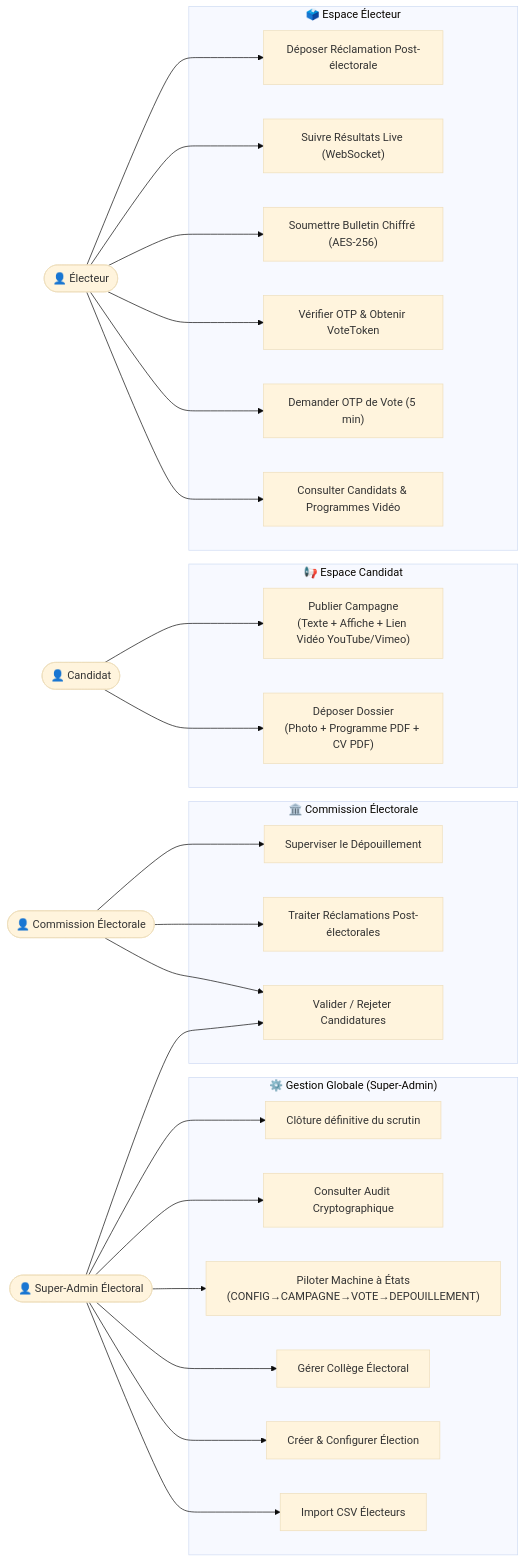
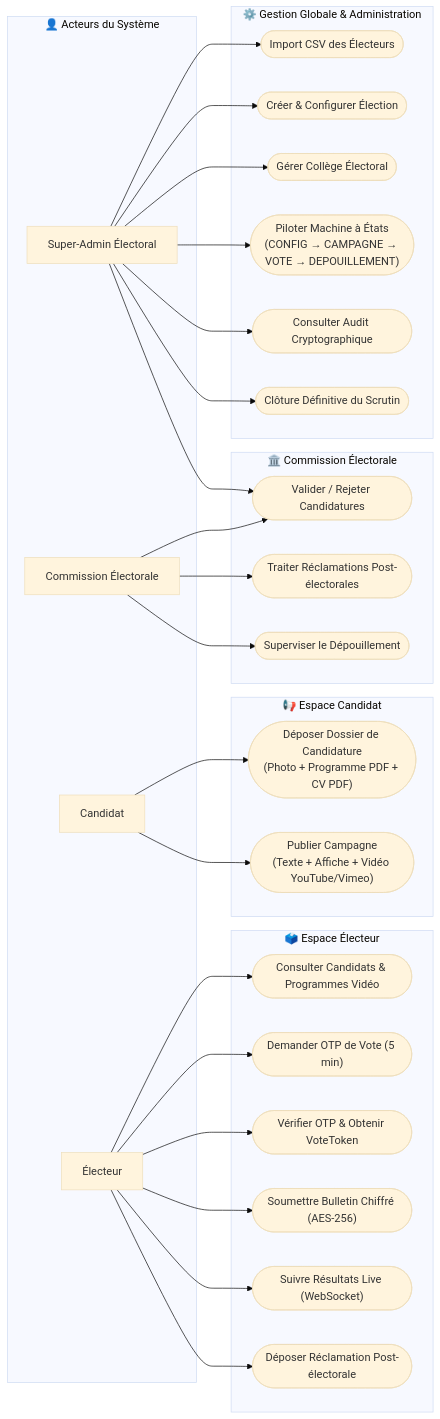
Before and after one commit to ona79/VoteUASZ: the diagram in docs/UML/use-case-diagram.md, drawn with Mermaid (base theme). The commit also changed 2 other files, not shown here.

Commit message:
:correction de use-case

````diff
--- a/docs/UML/use-case-diagram.md
+++ b/docs/UML/use-case-diagram.md
@@ -3,58 +3,60 @@
 ```mermaid
-graph LR
-    SuperAdmin(["👤 Super-Admin Électoral"])
-    Commission(["👤 Commission Électorale"])
-    Candidat(["👤 Candidat"])
-    Electeur(["👤 Électeur"])
+flowchart LR
+    subgraph Acteurs ["👤 Acteurs du Système"]
+        SuperAdmin["Super-Admin Électoral"]
+        Commission["Commission Électorale"]
+        Candidat["Candidat"]
+        Electeur["Électeur"]
+    end
 
-    subgraph Gestion_Globale ["⚙️ Gestion Globale (Super-Admin)"]
-        UC1["Import CSV Électeurs"]
-        UC2["Créer & Configurer Élection"]
-        UC3["Gérer Collège Électoral"]
-        UC4["Piloter Machine à États\n(CONFIG→CAMPAGNE→VOTE→DEPOUILLEMENT)"]
-        UC5["Consulter Audit Cryptographique"]
-        UC6["Clôture définitive du scrutin"]
+    subgraph Admin_Space ["⚙️ Gestion Globale & Administration"]
+        UC1(["Import CSV des Électeurs"])
+        UC2(["Créer & Configurer Élection"])
+        UC3(["Gérer Collège Électoral"])
+        UC4(["Piloter Machine à États<br/>(CONFIG → CAMPAGNE → VOTE → DEPOUILLEMENT)"])
+        UC5(["Consulter Audit Cryptographique"])
+        UC6(["Clôture Définitive du Scrutin"])
     end
 
     subgraph Commission_Space ["🏛️ Commission Électorale"]
-        UC7["Valider / Rejeter Candidatures"]
-        UC8["Traiter Réclamations Post-électorales"]
-        UC9["Superviser le Dépouillement"]
+        UC7(["Valider / Rejeter Candidatures"])
+        UC8(["Traiter Réclamations Post-électorales"])
+        UC9(["Superviser le Dépouillement"])
     end
 
     subgraph Candidat_Space ["📢 Espace Candidat"]
-        UC10["Déposer Dossier\n(Photo + Programme PDF + CV PDF)"]
-        UC11["Publier Campagne\n(Texte + Affiche + Lien Vidéo YouTube/Vimeo)"]
+        UC10(["Déposer Dossier de Candidature<br/>(Photo + Programme PDF + CV PDF)"])
+        UC11(["Publier Campagne<br/>(Texte + Affiche + Vidéo YouTube/Vimeo)"])
     end
 
     subgraph Electeur_Space ["🗳️ Espace Électeur"]
-        UC12["Consulter Candidats & Programmes Vidéo"]
-        UC13["Demander OTP de Vote (5 min)"]
-        UC14["Vérifier OTP & Obtenir VoteToken"]
-        UC15["Soumettre Bulletin Chiffré (AES-256)"]
-        UC16["Suivre Résultats Live (WebSocket)"]
-        UC17["Déposer Réclamation Post-électorale"]
+        UC12(["Consulter Candidats & Programmes Vidéo"])
+        UC13(["Demander OTP de Vote (5 min)"])
+        UC14(["Vérifier OTP & Obtenir VoteToken"])
+        UC15(["Soumettre Bulletin Chiffré (AES-256)"])
+        UC16(["Suivre Résultats Live (WebSocket)"])
+        UC17(["Déposer Réclamation Post-électorale"])
     end
 
     SuperAdmin --> UC1
     SuperAdmin --> UC2
     SuperAdmin --> UC3
     SuperAdmin --> UC4
     SuperAdmin --> UC5
     SuperAdmin --> UC6
     SuperAdmin --> UC7
 
     Commission --> UC7
     Commission --> UC8
     Commission --> UC9
 
     Candidat --> UC10
     Candidat --> UC11
 
     Electeur --> UC12
     Electeur --> UC13
     Electeur --> UC14
     Electeur --> UC15
     Electeur --> UC16
     Electeur --> UC17
 ```
````
